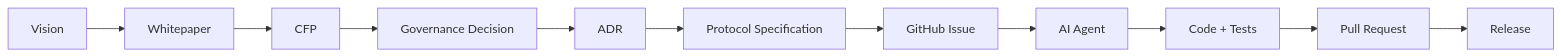
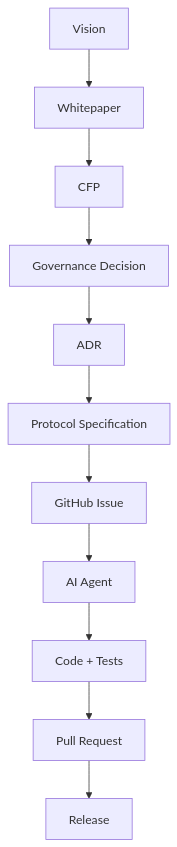
Before and after one commit to ShigeichiroYamasaki/creator-first-platform: the fourth of 4 diagrams in docs/index.md, drawn with Mermaid.

Commit message:
mermaid のテスト

````diff
--- a/docs/index.md
+++ b/docs/index.md
@@ -163,16 +163,16 @@
 ```mermaid
-flowchart LR
+flowchart TD
     VISION[Vision]
     WP[Whitepaper]
     CFP[CFP]
     GOV[Governance Decision]
     ADR[ADR]
     SPEC[Protocol Specification]
     ISSUE[GitHub Issue]
     AI[AI Agent]
     CODE[Code + Tests]
     PR[Pull Request]
     RELEASE[Release]
 
     VISION --> WP --> CFP --> GOV --> ADR --> SPEC --> ISSUE --> AI --> CODE --> PR --> RELEASE
 ```
````
